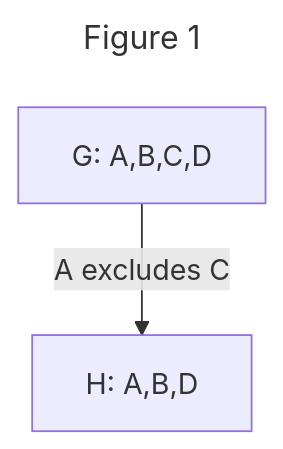
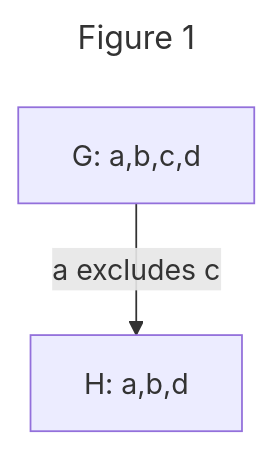
Before and after one commit to ssbc/ssb-group-exclusion-spec: the first of 8 diagrams in README.md, drawn with Mermaid. The commit also changed other lines of this file, not shown here.

````diff
--- a/README.md
+++ b/README.md
@@ -143,8 +143,8 @@
 ```mermaid
 ---
 title: Figure 1
 ---
 graph TB;
-  zero[G: A,B,C,D]
-  zero--"A excludes C"-->one[H: A,B,D]
+  zero[G: a,b,c,d]
+  zero--"a excludes c"-->one[H: a,b,d]
 ```
````
